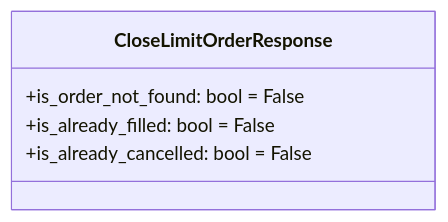
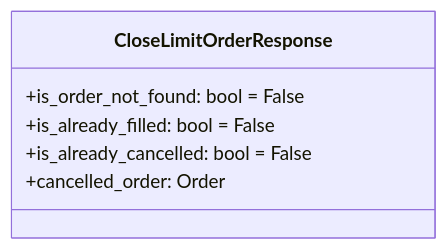
Before and after one commit to gatesplan/python-toolbox: the third of 16 diagrams in packages/financial-assets/financial_assets/response/Architecture.md, drawn with Mermaid. The commit also changed other lines of this file and 10 other files, not shown here.

````diff
--- a/packages/financial-assets/financial_assets/response/Architecture.md
+++ b/packages/financial-assets/financial_assets/response/Architecture.md
@@ -119,8 +124,9 @@
 ```mermaid
 classDiagram
     class CloseLimitOrderResponse {
         +is_order_not_found: bool = False
         +is_already_filled: bool = False
         +is_already_cancelled: bool = False
+        +cancelled_order: Order
     }
 ```
````
